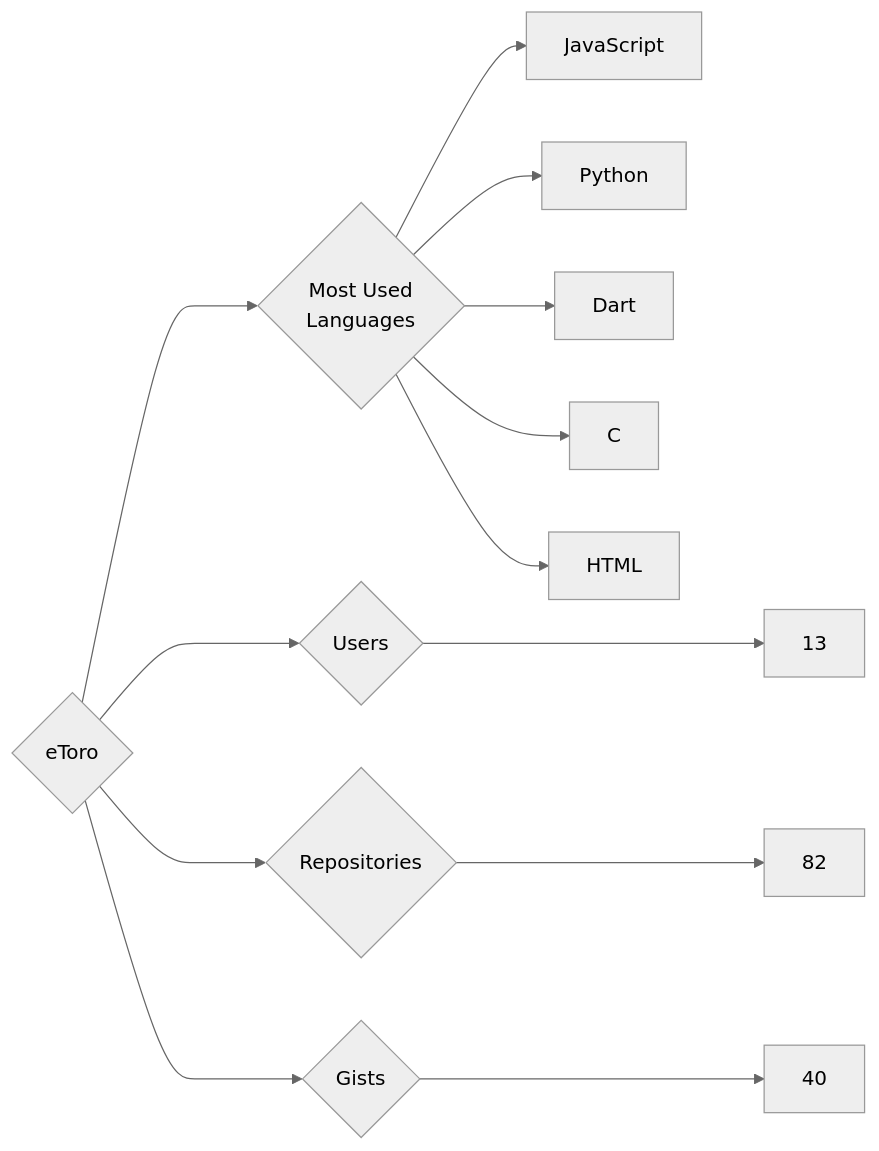
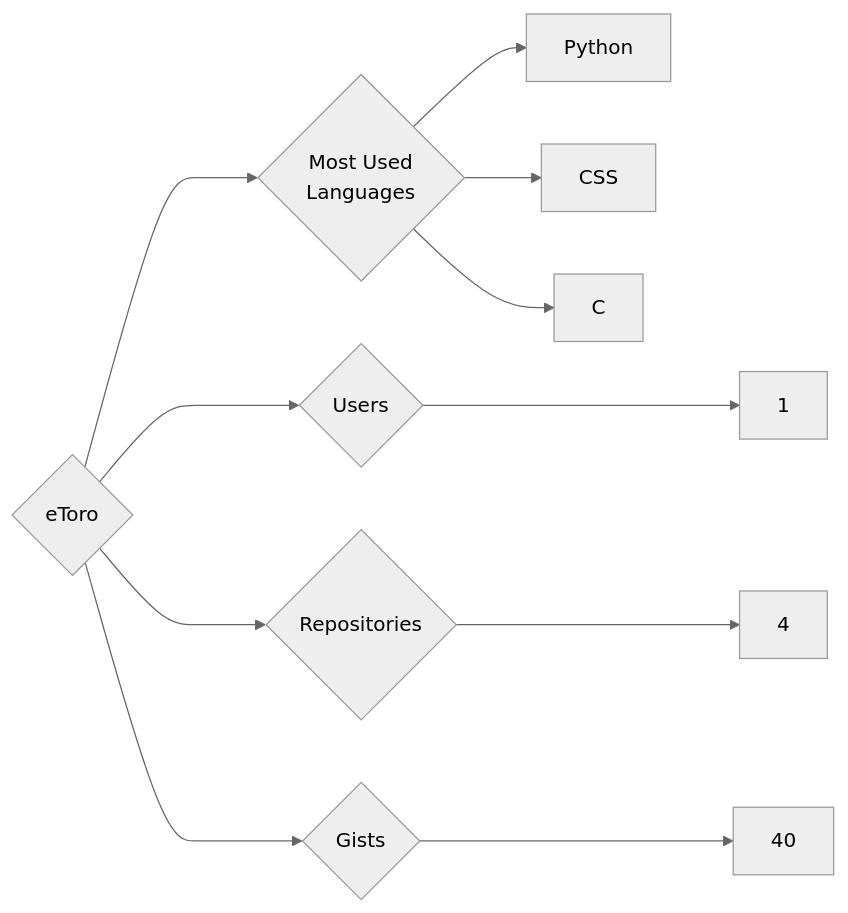
Before and after one commit to trickest/insiders: the diagram in targets/eToro/README.md, drawn with Mermaid (neutral theme). The commit also changed 839 other files, not shown here.

````diff
--- a/targets/eToro/README.md
+++ b/targets/eToro/README.md
@@ -3,13 +3,11 @@
 ```mermaid
 graph LR
 COMPANY_NAME{eToro}
-COMPANY_NAME ---> U{Users} ---> UN[13]
-COMPANY_NAME ---> R{Repositories} ---> RN[82]
+COMPANY_NAME ---> U{Users} ---> UN[1]
+COMPANY_NAME ---> R{Repositories} ---> RN[4]
 COMPANY_NAME ---> G{Gists} ---> GN[40]
 COMPANY_NAME ---> ML{Most Used<br>Languages}
-ML --> JavaScript[JavaScript]
 ML --> Python[Python]
-ML --> Dart[Dart]
+ML --> CSS[CSS]
 ML --> C[C]
-ML --> HTML[HTML]
 ```
````
